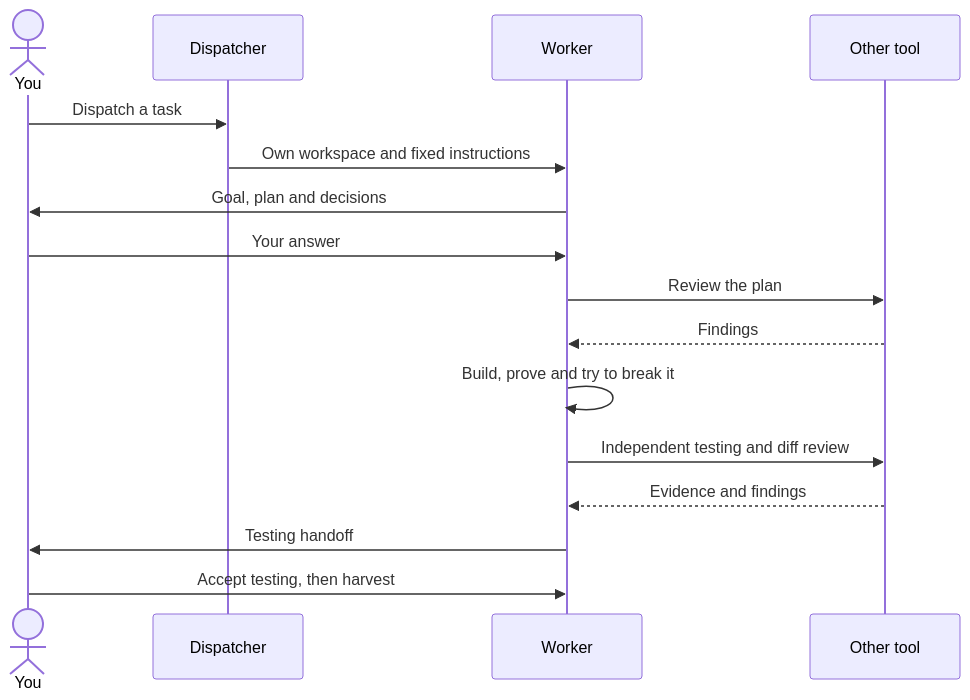
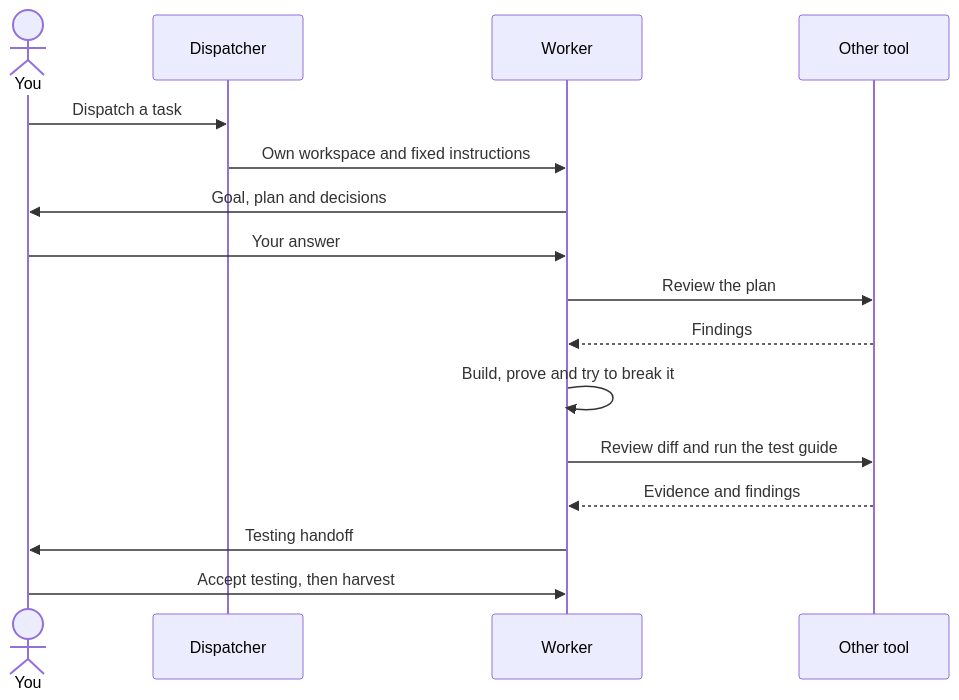
Before and after one commit to Ellebam/slop-meister: the diagram in README.md, drawn with Mermaid. The commit also changed other lines of this file and 293 other files, not shown here.

````diff
--- a/README.md
+++ b/README.md
@@ -60,18 +60,18 @@
 ```mermaid
 sequenceDiagram
     actor You
     participant D as Dispatcher
     participant W as Worker
     participant O as Other tool
     You->>D: Dispatch a task
     D->>W: Own workspace and fixed instructions
     W->>You: Goal, plan and decisions
     You->>W: Your answer
     W->>O: Review the plan
     O-->>W: Findings
     W->>W: Build, prove and try to break it
-    W->>O: Independent testing and diff review
+    W->>O: Review diff and run the test guide
     O-->>W: Evidence and findings
     W->>You: Testing handoff
     You->>W: Accept testing, then harvest
 ```
````
